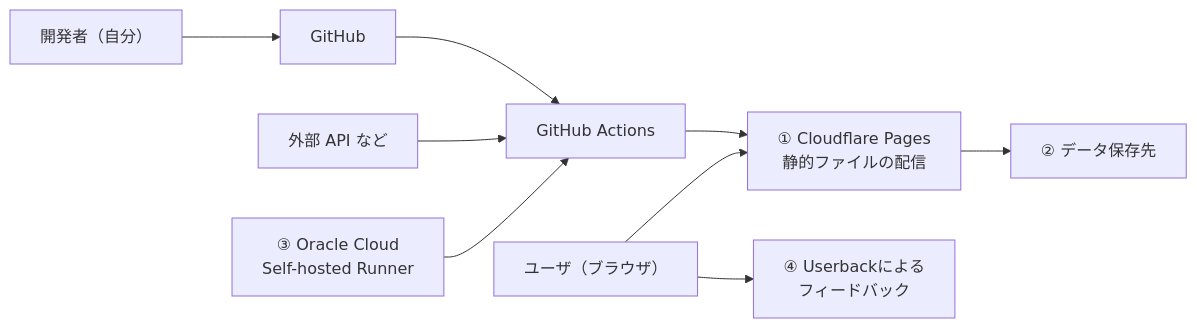
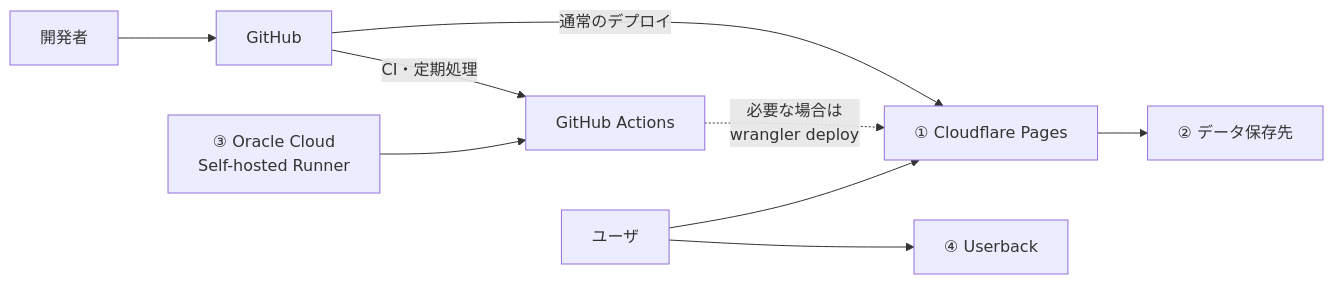
One commit to ara-ta3/zenn.dev changed the diagram in articles/develop-with-free-services.md. Above: the diagram before and after it, drawn with Mermaid. The commit also changed other lines of this file, not shown here.

````diff
--- a/articles/develop-with-free-services.md
+++ b/articles/develop-with-free-services.md
@@ -19,11 +23,15 @@
 ```mermaid
 flowchart LR
-  developer[開発者（自分）] --> github[GitHub]
-  github --> actions[GitHub Actions]
-  actions --> pages[① Cloudflare Pages<br>静的ファイルの配信]
-  externalApi[外部 API など] --> actions
+  developer[開発者] --> github[GitHub]
+
+  github -->|通常のデプロイ| pages[① Cloudflare Pages]
+  github -->|CI・定期処理| actions[GitHub Actions]
+
+  runner[③ Oracle Cloud<br>Self-hosted Runner] --> actions
+  actions -.->|必要な場合は<br>wrangler deploy| pages
+
   pages --> storage[② データ保存先]
-  user[ユーザ（ブラウザ）] --> feedback[④ Userbackによる<br>フィードバック]
-  runner[③ Oracle Cloud<br>Self-hosted Runner] --> actions
-  user --> pages
+
+  user[ユーザ] --> pages
+  user --> feedback[④ Userback]
 ```
````
